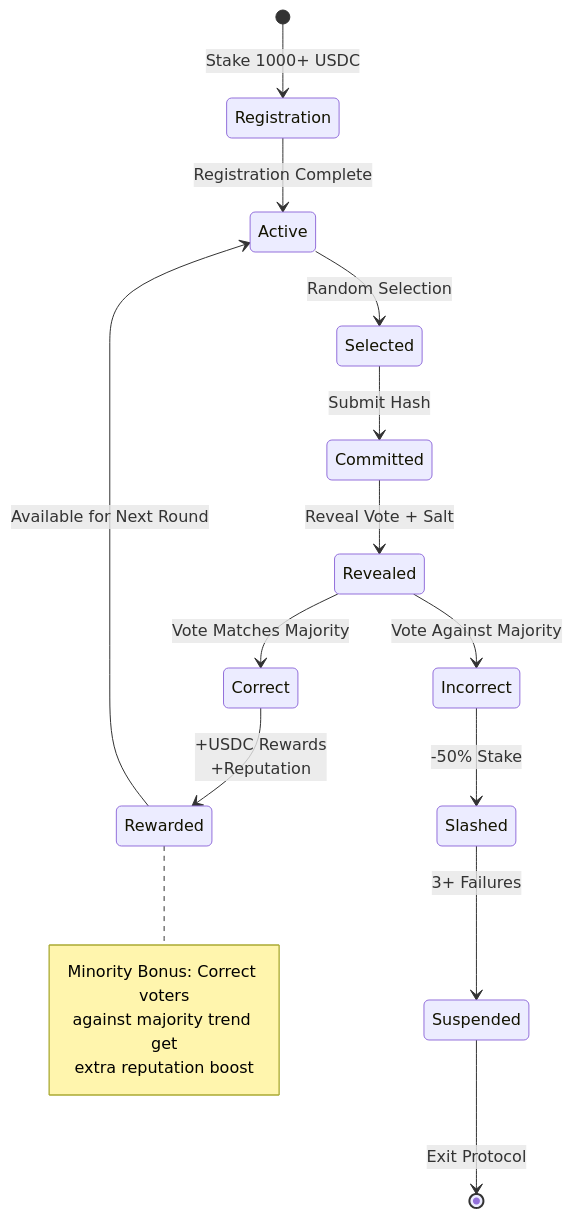
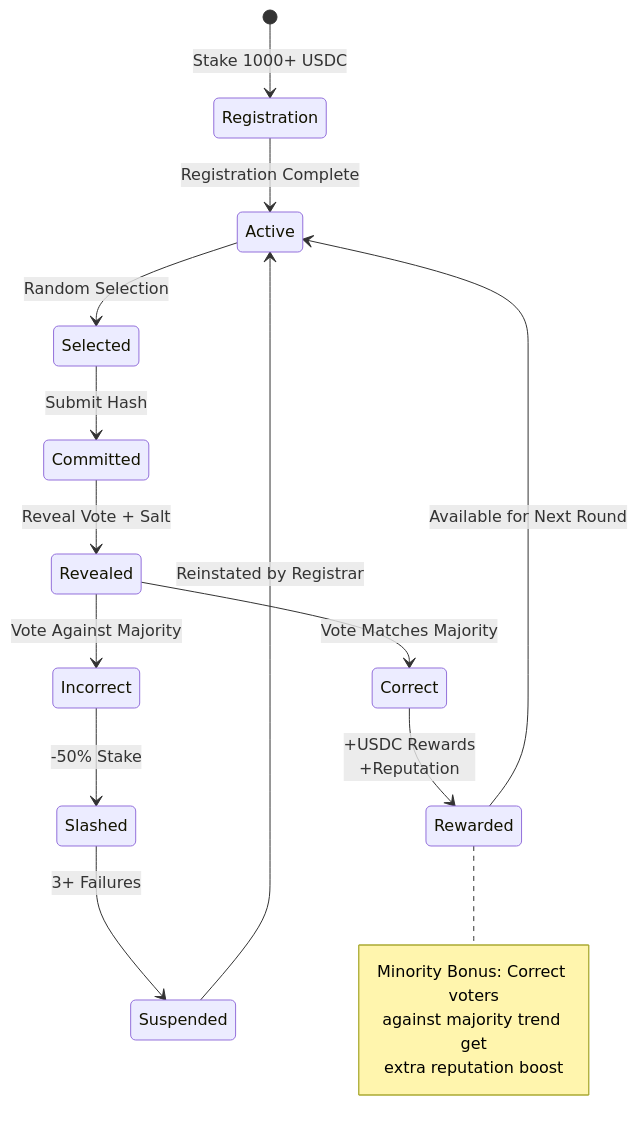
Before and after one commit to ungaro/departmentofpredictions: the second of 8 diagrams in contracts/README.md, drawn with Mermaid. The commit also changed other lines of this file and 15 other files, not shown here.

````diff
--- a/contracts/README.md
+++ b/contracts/README.md
@@ -68,26 +68,26 @@
 ```mermaid
 stateDiagram-v2
     [*] --> Registration: Stake 1000+ USDC
     Registration --> Active: Registration Complete
     
     Active --> Selected: Random Selection
     Selected --> Committed: Submit Hash
     Committed --> Revealed: Reveal Vote + Salt
     
     Revealed --> Correct: Vote Matches Majority
     Revealed --> Incorrect: Vote Against Majority
     
     Correct --> Rewarded: +USDC Rewards<br/>+Reputation
     Incorrect --> Slashed: -50% Stake
     
     Slashed --> Suspended: 3+ Failures
-    Suspended --> [*]: Exit Protocol
-    
+    Suspended --> Active: Reinstated by Registrar
+
     Rewarded --> Active: Available for Next Round
     
     note right of Rewarded
         Minority Bonus: Correct voters
         against majority trend get
         extra reputation boost
     end note
 ```
````
